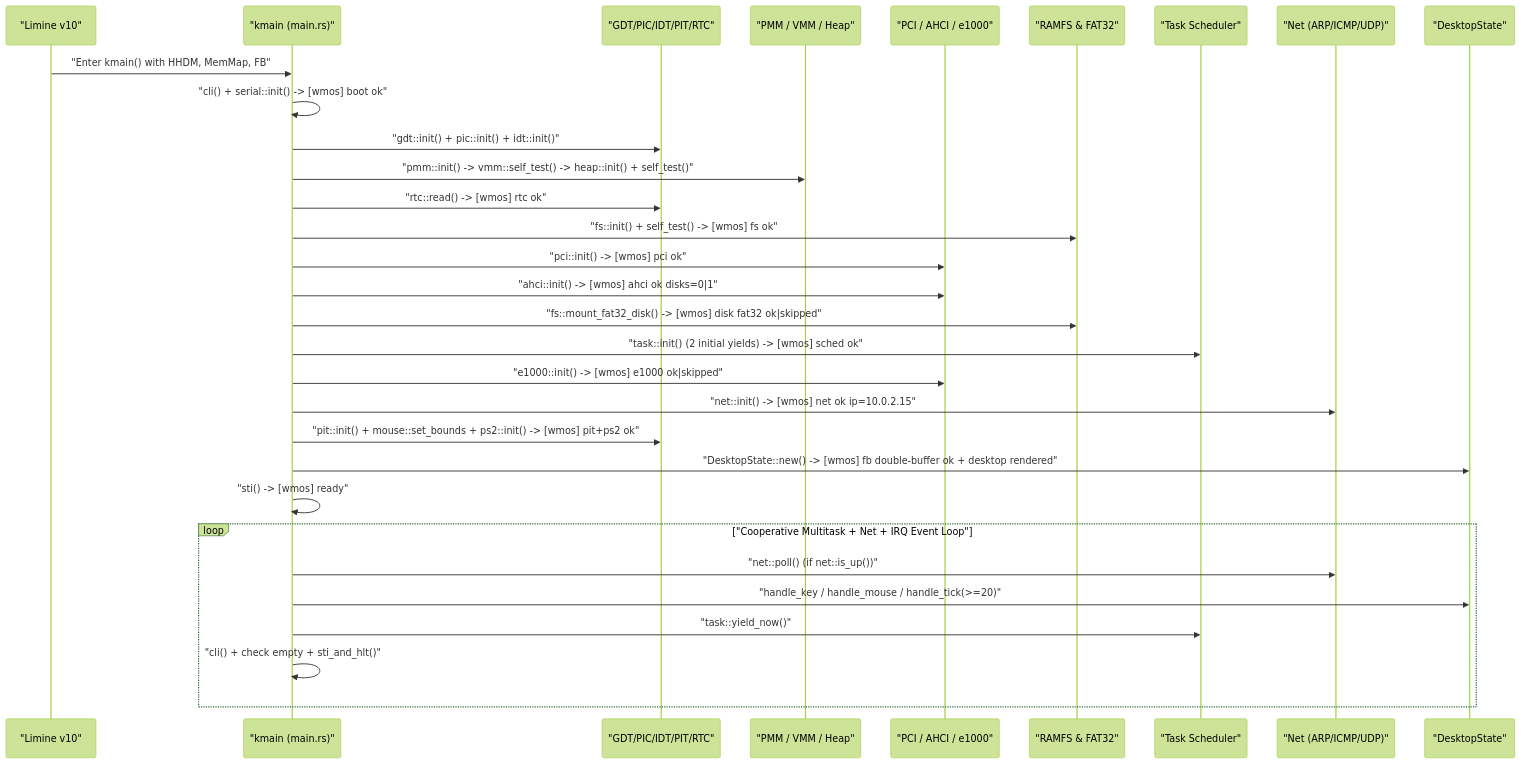
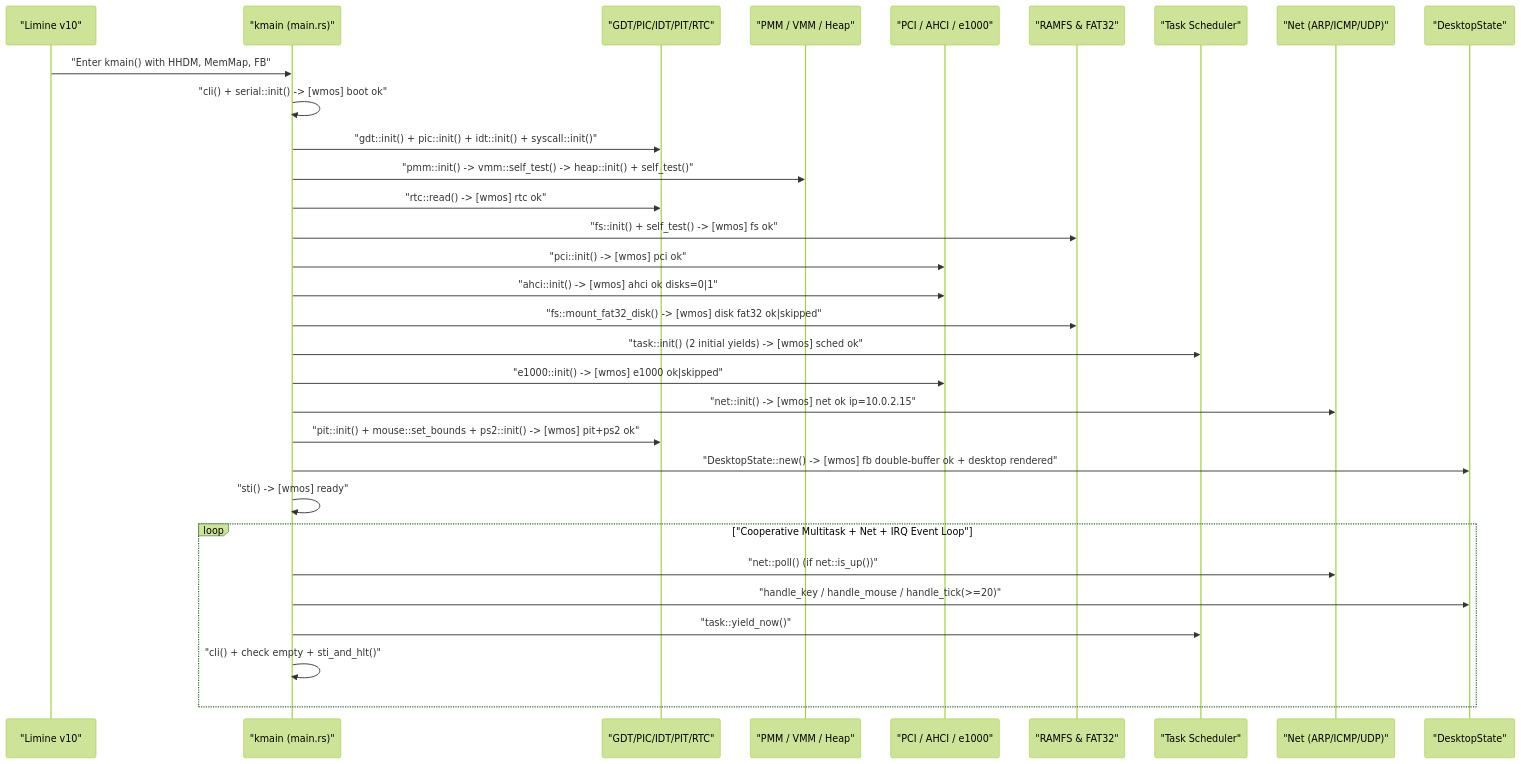
The second of 2 diagrams in docs/DESIGN.md (wmsir/wmos), drawn with Mermaid (forest theme) before and after one commit. The commit also changed other lines of this file and 15 other files, not shown here.

````diff
--- a/docs/DESIGN.md
+++ b/docs/DESIGN.md
@@ -143,34 +153,34 @@
 ```mermaid
 sequenceDiagram
     participant Limine as "Limine v10"
     participant KMain as "kmain (main.rs)"
     participant Arch as "GDT/PIC/IDT/PIT/RTC"
     participant Mem as "PMM / VMM / Heap"
     participant Bus as "PCI / AHCI / e1000"
     participant FS as "RAMFS & FAT32"
     participant Task as "Task Scheduler"
     participant Net as "Net (ARP/ICMP/UDP)"
     participant UI as "DesktopState"
 
     Limine->>KMain: "Enter kmain() with HHDM, MemMap, FB"
     KMain->>KMain: "cli() + serial::init() -> [wmos] boot ok"
-    KMain->>Arch: "gdt::init() + pic::init() + idt::init()"
+    KMain->>Arch: "gdt::init() + pic::init() + idt::init() + syscall::init()"
     KMain->>Mem: "pmm::init() -> vmm::self_test() -> heap::init() + self_test()"
     KMain->>Arch: "rtc::read() -> [wmos] rtc ok"
     KMain->>FS: "fs::init() + self_test() -> [wmos] fs ok"
     KMain->>Bus: "pci::init() -> [wmos] pci ok"
     KMain->>Bus: "ahci::init() -> [wmos] ahci ok disks=0|1"
     KMain->>FS: "fs::mount_fat32_disk() -> [wmos] disk fat32 ok|skipped"
     KMain->>Task: "task::init() (2 initial yields) -> [wmos] sched ok"
     KMain->>Bus: "e1000::init() -> [wmos] e1000 ok|skipped"
     KMain->>Net: "net::init() -> [wmos] net ok ip=10.0.2.15"
     KMain->>Arch: "pit::init() + mouse::set_bounds + ps2::init() -> [wmos] pit+ps2 ok"
     KMain->>UI: "DesktopState::new() -> [wmos] fb double-buffer ok + desktop rendered"
     KMain->>KMain: "sti() -> [wmos] ready"
     loop "Cooperative Multitask + Net + IRQ Event Loop"
         KMain->>Net: "net::poll() (if net::is_up())"
         KMain->>UI: "handle_key / handle_mouse / handle_tick(>=20)"
         KMain->>Task: "task::yield_now()"
         KMain->>KMain: "cli() + check empty + sti_and_hlt()"
     end
 ```
````
